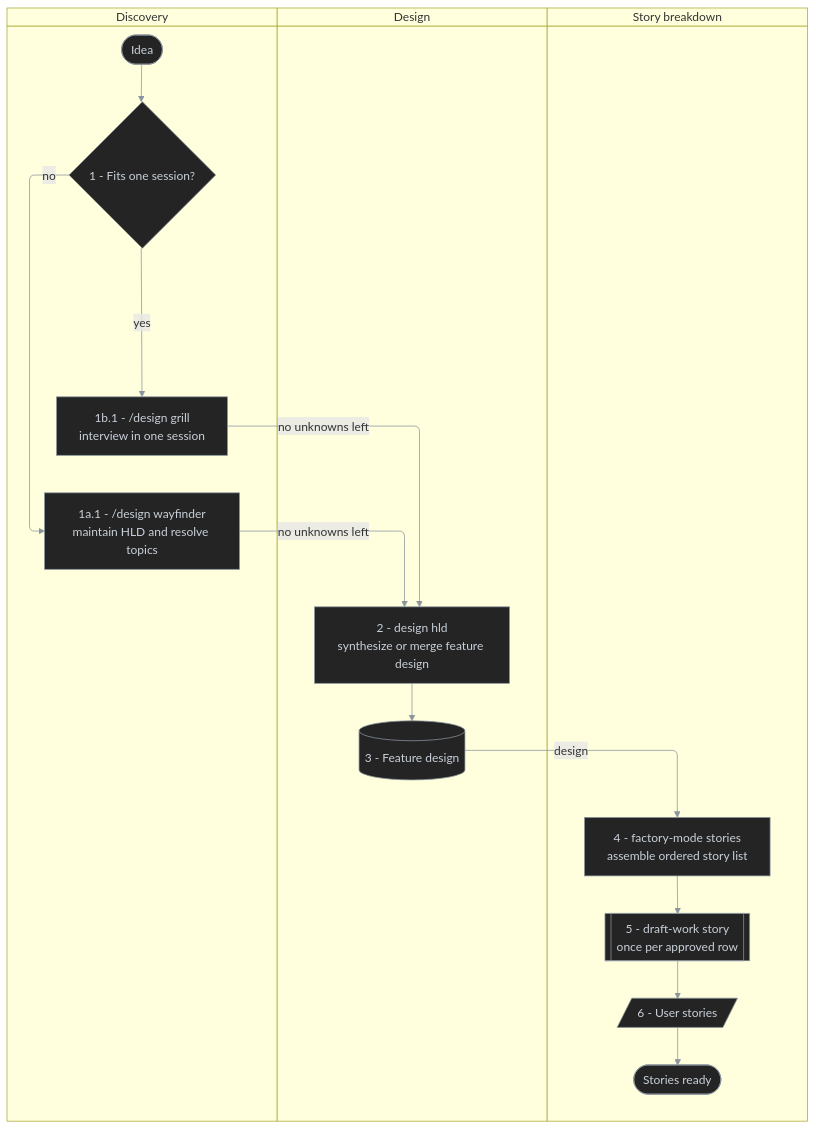
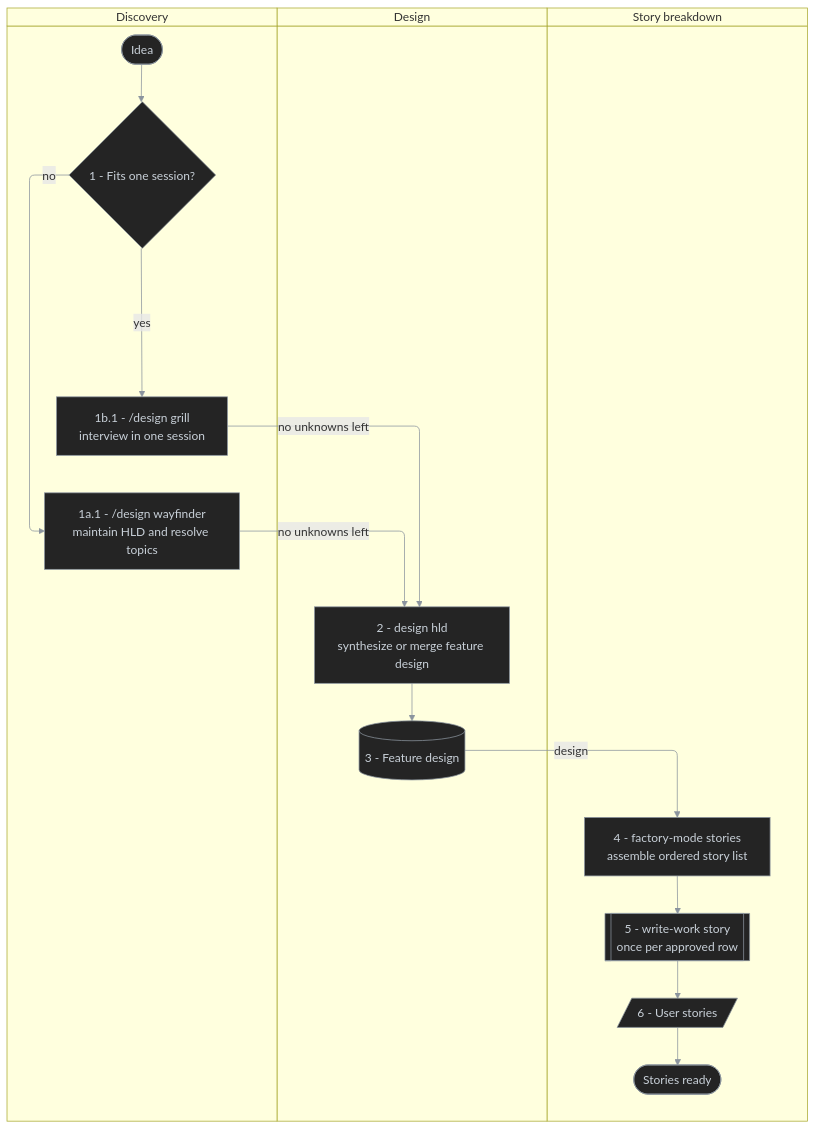
The second of 4 diagrams in plugins/wf/README.md (antshc/brain), drawn with Mermaid before and after one commit. The commit also changed other lines of this file and 56 other files, not shown here.

````diff
--- a/plugins/wf/README.md
+++ b/plugins/wf/README.md
@@ -77,33 +77,33 @@
 ```mermaid
 %%{init: {'themeVariables': {'lineColor': '#8b949e'}}}%%
 %% diagram-id: wf-design-to-stories-swimlane
 swimlane-beta TB
   accTitle: Design and story breakdown responsibility
   accDescr: Shows unknowns resolved by /design wayfinder or /design grill, a feature design synthesized by design hld, and the design broken down into User stories by the factory-mode Stories playbook.
 
   subgraph discovery [Discovery]
     idea([Idea])
     effortSize{1 - Fits one session?}
     wayfinder[1a.1 - /design wayfinder<br/>maintain HLD and resolve topics]
     grillDesign[1b.1 - /design grill<br/>interview in one session]
   end
 
   subgraph design [Design]
     toZdesign[2 - design hld<br/>synthesize or merge feature design]
     designDoc[(3 - Feature design)]
   end
 
   subgraph breakdown [Story breakdown]
     toStories[4 - factory-mode stories<br/>assemble ordered story list]
-    draftStory[[5 - draft-work story<br/>once per approved row]]
+    draftStory[[5 - write-work story<br/>once per approved row]]
     stories[/6 - User stories/]
     done([Stories ready])
   end
 
   idea --> effortSize
   effortSize -->|no| wayfinder -->|no unknowns left| toZdesign
   effortSize -->|yes| grillDesign -->|no unknowns left| toZdesign
   toZdesign --> designDoc -->|design| toStories --> draftStory --> stories --> done
 
   classDef default fill:#242424,stroke:#8b949e,color:#c9d1d9,stroke-width:1px
 ```
````
